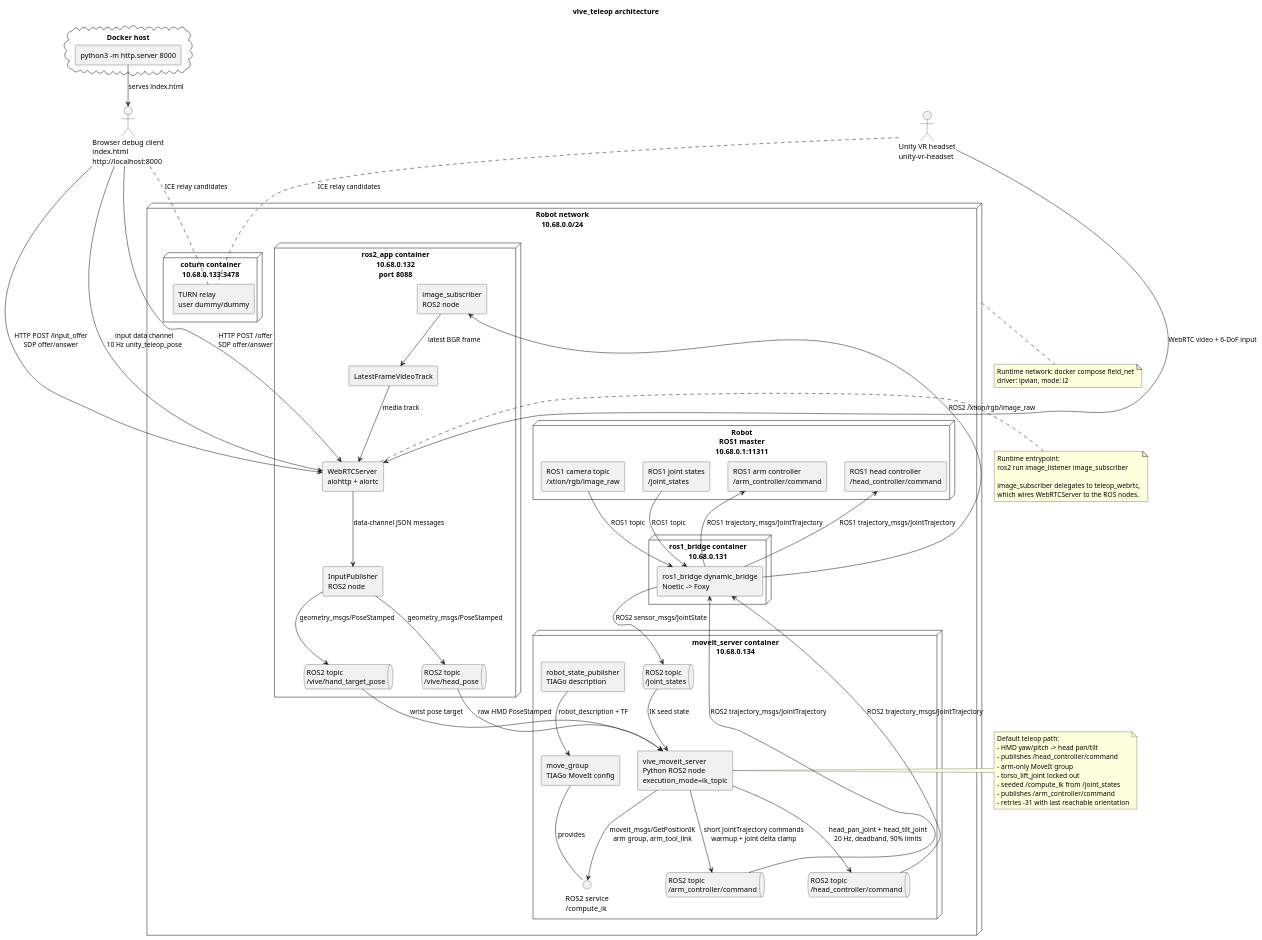
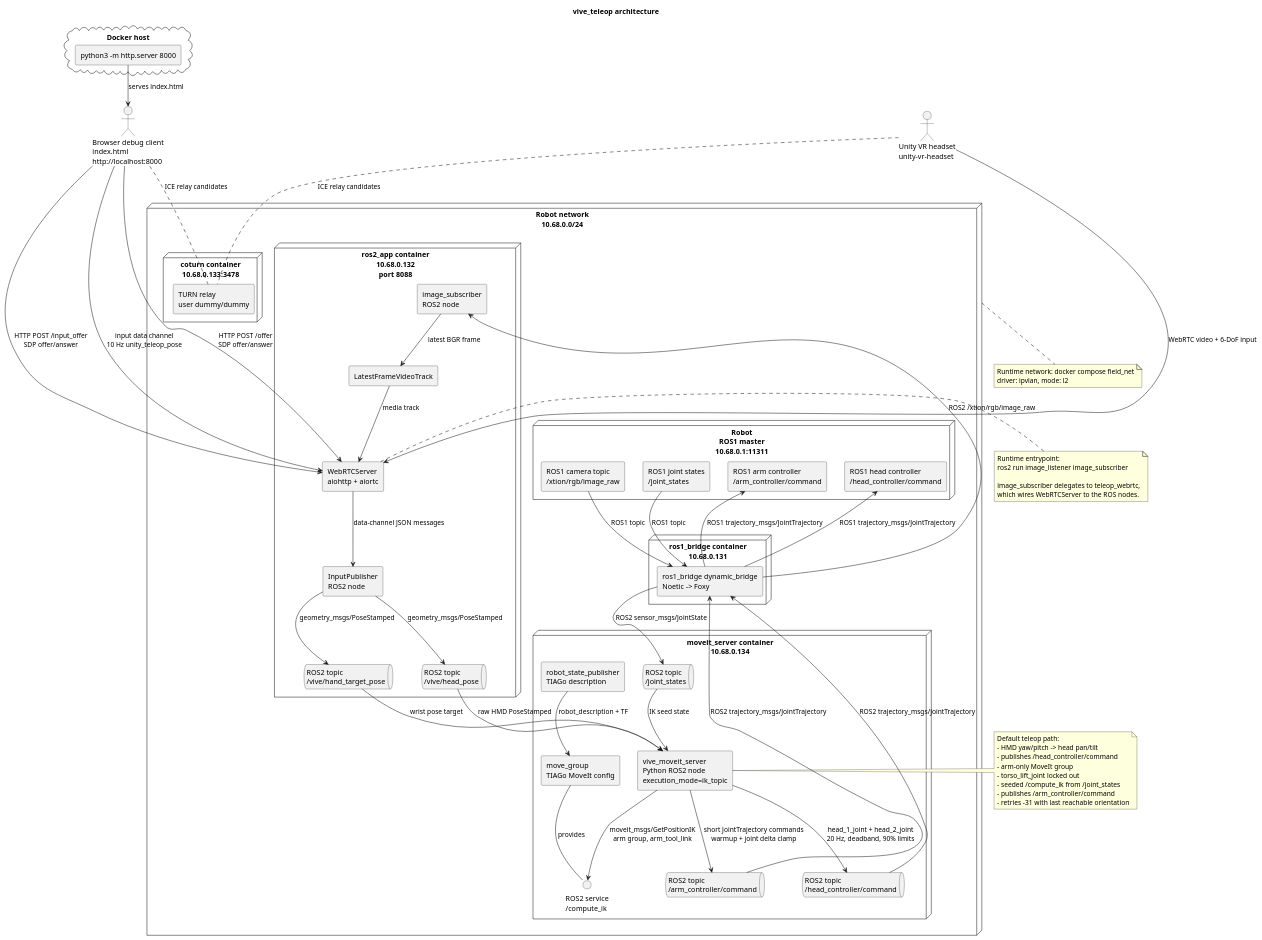
One commit to ichores-research/vive_teleop changed the diagram in architecture.puml. Above: the diagram before and after it, drawn with PlantUML. The commit also changed 13 other files, not shown here.

```diff
--- a/architecture.puml
+++ b/architecture.puml
@@ -1,107 +1,107 @@
 @startuml
 title vive_teleop architecture
 
 skinparam componentStyle rectangle
 skinparam shadowing false
 skinparam defaultFontName Monospace
 
 actor "Browser debug client\nindex.html\nhttp://localhost:8000" as Browser
 actor "Unity VR headset\nunity-vr-headset" as Unity
 
 node "Robot network\n10.68.0.0/24" as Net {
   node "Robot\nROS1 master\n10.68.0.1:11311" as Robot {
     component "ROS1 camera topic\n/xtion/rgb/image_raw" as Ros1Camera
     component "ROS1 joint states\n/joint_states" as Ros1JointStates
     component "ROS1 arm controller\n/arm_controller/command" as Ros1ArmCommand
     component "ROS1 head controller\n/head_controller/command" as Ros1HeadCommand
   }
 
   node "ros1_bridge container\n10.68.0.131" as Bridge {
     component "ros1_bridge dynamic_bridge\nNoetic -> Foxy" as DynamicBridge
   }
 
   node "ros2_app container\n10.68.0.132\nport 8088" as Ros2App {
     component "image_subscriber\nROS2 node" as ImageSubscriber
     component "LatestFrameVideoTrack" as VideoTrack
     component "WebRTCServer\naiohttp + aiortc" as WebRTCServer
     component "InputPublisher\nROS2 node" as InputPublisher
     queue "ROS2 topic\n/vive/head_pose" as HeadPoseTopic
     queue "ROS2 topic\n/vive/hand_target_pose" as HandTargetTopic
   }
 
   node "moveit_server container\n10.68.0.134" as MoveItContainer {
     component "robot_state_publisher\nTIAGo description" as RobotStatePublisher
     component "move_group\nTIAGo MoveIt config" as MoveGroup
     component "vive_moveit_server\nPython ROS2 node\nexecution_mode=ik_topic" as MoveItServer
     queue "ROS2 topic\n/joint_states" as JointStateTopic
     queue "ROS2 topic\n/head_controller/command" as HeadCommandTopic
     queue "ROS2 topic\n/arm_controller/command" as ArmCommandTopic
     interface "ROS2 service\n/compute_ik" as ComputeIkService
   }
 
   node "coturn container\n10.68.0.133:3478" as Coturn {
     component "TURN relay\nuser dummy/dummy" as TurnRelay
   }
 }
 
 cloud "Docker host" as Host {
   component "python3 -m http.server 8000" as StaticServer
 }
 
 Ros1Camera --> DynamicBridge : ROS1 topic
 DynamicBridge --> ImageSubscriber : ROS2 /xtion/rgb/image_raw
 Ros1JointStates --> DynamicBridge : ROS1 topic
 DynamicBridge --> JointStateTopic : ROS2 sensor_msgs/JointState
 ArmCommandTopic --> DynamicBridge : ROS2 trajectory_msgs/JointTrajectory
 DynamicBridge --> Ros1ArmCommand : ROS1 trajectory_msgs/JointTrajectory
 HeadCommandTopic --> DynamicBridge : ROS2 trajectory_msgs/JointTrajectory
 DynamicBridge --> Ros1HeadCommand : ROS1 trajectory_msgs/JointTrajectory
 
 ImageSubscriber --> VideoTrack : latest BGR frame
 VideoTrack --> WebRTCServer : media track
 WebRTCServer --> InputPublisher : data-channel JSON messages
 InputPublisher --> HeadPoseTopic : geometry_msgs/PoseStamped
 InputPublisher --> HandTargetTopic : geometry_msgs/PoseStamped
 HeadPoseTopic --> MoveItServer : raw HMD PoseStamped
 HandTargetTopic --> MoveItServer : wrist pose target
 JointStateTopic --> MoveItServer : IK seed state
 RobotStatePublisher --> MoveGroup : robot_description + TF
 MoveGroup -- ComputeIkService : provides
 MoveItServer --> ComputeIkService : moveit_msgs/GetPositionIK\narm group, arm_tool_link
-MoveItServer --> HeadCommandTopic : head_pan_joint + head_tilt_joint\n20 Hz, deadband, 90% limits
+MoveItServer --> HeadCommandTopic : head_1_joint + head_2_joint\n20 Hz, deadband, 90% limits
 MoveItServer --> ArmCommandTopic : short JointTrajectory commands\nwarmup + joint delta clamp
 
 StaticServer --> Browser : serves index.html
 Browser --> WebRTCServer : HTTP POST /offer\nSDP offer/answer
 Browser --> WebRTCServer : HTTP POST /input_offer\nSDP offer/answer
 Browser --> WebRTCServer : input data channel\n10 Hz unity_teleop_pose
 Browser .. TurnRelay : ICE relay candidates
 
 Unity --> WebRTCServer : WebRTC video + 6-DoF input
 Unity .. TurnRelay : ICE relay candidates
 
 note right of WebRTCServer
   Runtime entrypoint:
   ros2 run image_listener image_subscriber
 
   image_subscriber delegates to teleop_webrtc,
   which wires WebRTCServer to the ROS nodes.
 end note
 
 note right of MoveItServer
   Default teleop path:
   - HMD yaw/pitch -> head pan/tilt
   - publishes /head_controller/command
   - arm-only MoveIt group
   - torso_lift_joint locked out
   - seeded /compute_ik from /joint_states
   - publishes /arm_controller/command
   - retries -31 with last reachable orientation
 end note
 
 note bottom of Net
   Runtime network: docker compose field_net
   driver: ipvlan, mode: l2
 end note
 
 @enduml
```
